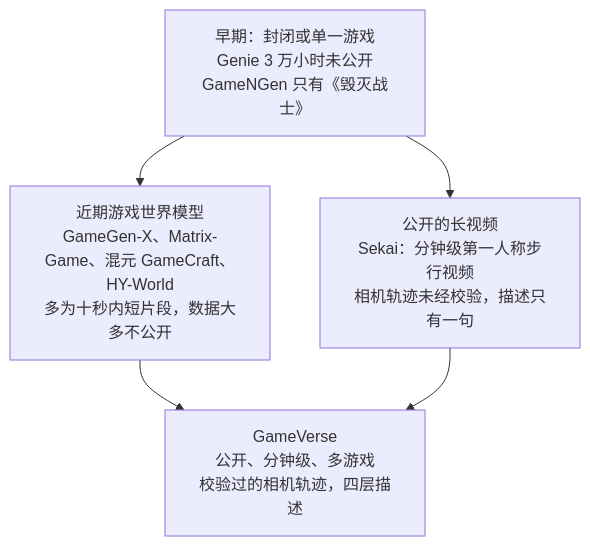
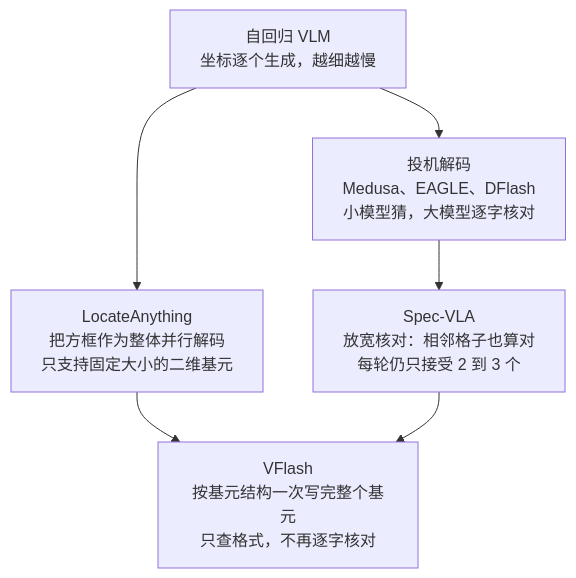
The first of 3 diagrams in docs/index.md (yingwang/paper-reads), drawn with Mermaid before and after one commit. The commit also changed other lines of this file and 2 other files, not shown here.

First line of the commit message:
Add 2026-11-06-vflash-flash-primitive-decoding-visual-planning

````diff
--- a/docs/index.md
+++ b/docs/index.md
@@ -65,7 +69,8 @@
 ```mermaid
 flowchart TD
-    A["早期：封闭或单一游戏<br/>Genie 3 万小时未公开<br/>GameNGen 只有《毁灭战士》"] --> B["近期游戏世界模型<br/>GameGen-X、Matrix-Game、混元 GameCraft、HY-World<br/>多为十秒内短片段，数据大多不公开"]
-    A --> C["公开的长视频<br/>Sekai：分钟级第一人称步行视频<br/>相机轨迹未经校验，描述只有一句"]
-    B --> D["GameVerse<br/>公开、分钟级、多游戏<br/>校验过的相机轨迹，四层描述"]
-    C --> D
+    A["自回归 VLM<br/>坐标逐个生成，越细越慢"] --> B["投机解码<br/>Medusa、EAGLE、DFlash<br/>小模型猜，大模型逐字核对"]
+    A --> C["LocateAnything<br/>把方框作为整体并行解码<br/>只支持固定大小的二维基元"]
+    B --> D["Spec-VLA<br/>放宽核对：相邻格子也算对<br/>每轮仍只接受 2 到 3 个"]
+    C --> E["VFlash<br/>按基元结构一次写完整个基元<br/>只查格式，不再逐字核对"]
+    D --> E
 ```
````
